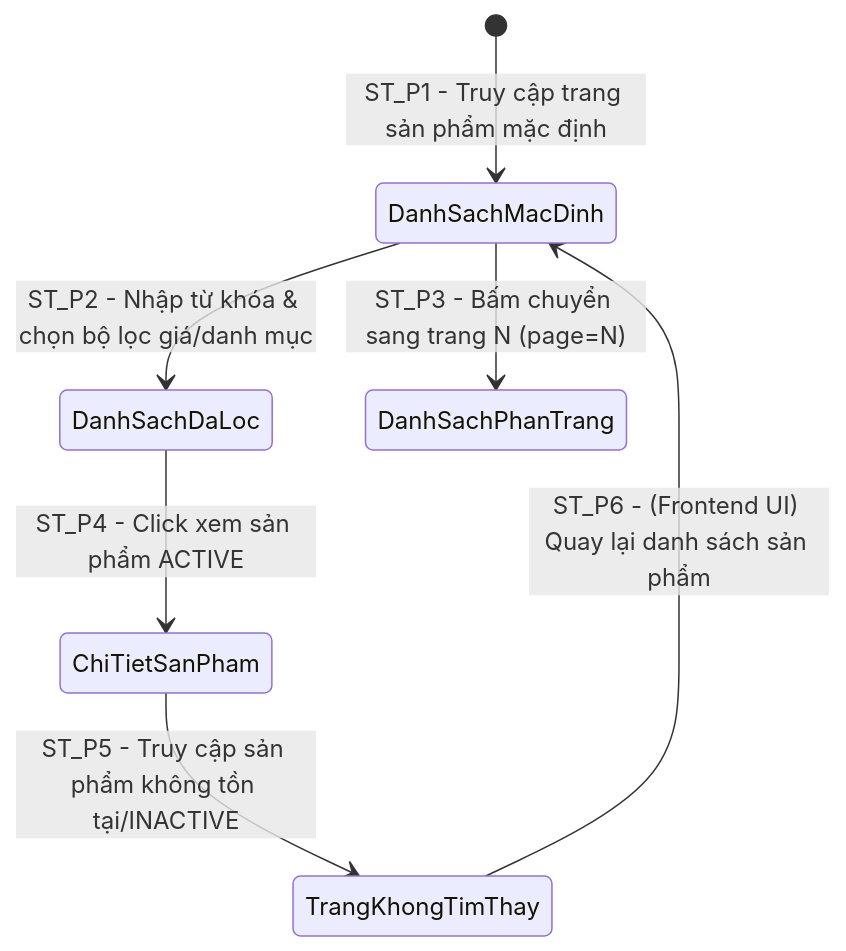
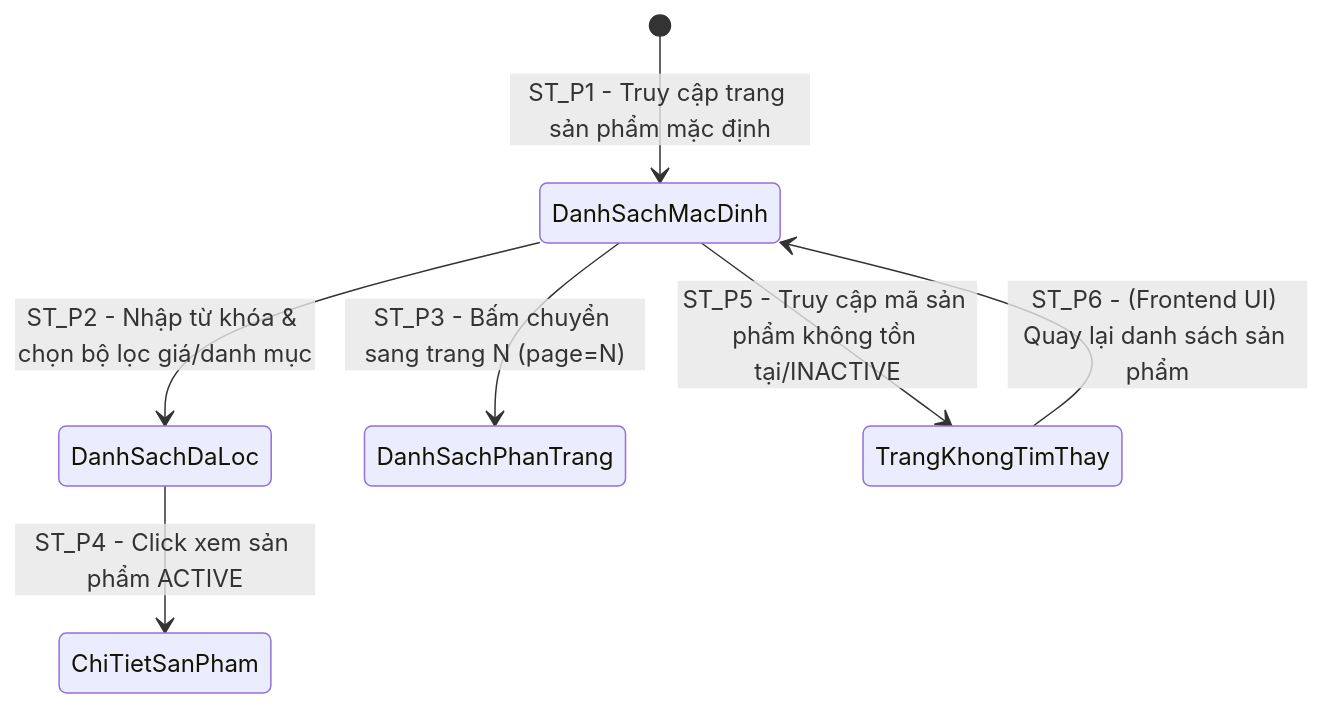
The diagram in docs/test_cases/black_box/product_search_pagination/README.md (truongduoc1512/Testing), drawn with Mermaid before and after one commit. The commit also changed other lines of this file and 9 other files, not shown here.

````diff
--- a/docs/test_cases/black_box/product_search_pagination/README.md
+++ b/docs/test_cases/black_box/product_search_pagination/README.md
@@ -137,9 +153,9 @@
 ```mermaid
 stateDiagram-v2
     [*] --> DanhSachMacDinh : ST_P1 - Truy cập trang sản phẩm mặc định
     DanhSachMacDinh --> DanhSachDaLoc : ST_P2 - Nhập từ khóa & chọn bộ lọc giá/danh mục
     DanhSachMacDinh --> DanhSachPhanTrang : ST_P3 - Bấm chuyển sang trang N (page=N)
     DanhSachDaLoc --> ChiTietSanPham : ST_P4 - Click xem sản phẩm ACTIVE
-    ChiTietSanPham --> TrangKhongTimThay : ST_P5 - Truy cập sản phẩm không tồn tại/INACTIVE
+    DanhSachMacDinh --> TrangKhongTimThay : ST_P5 - Truy cập mã sản phẩm không tồn tại/INACTIVE
     TrangKhongTimThay --> DanhSachMacDinh : ST_P6 - (Frontend UI) Quay lại danh sách sản phẩm
 ```
````
